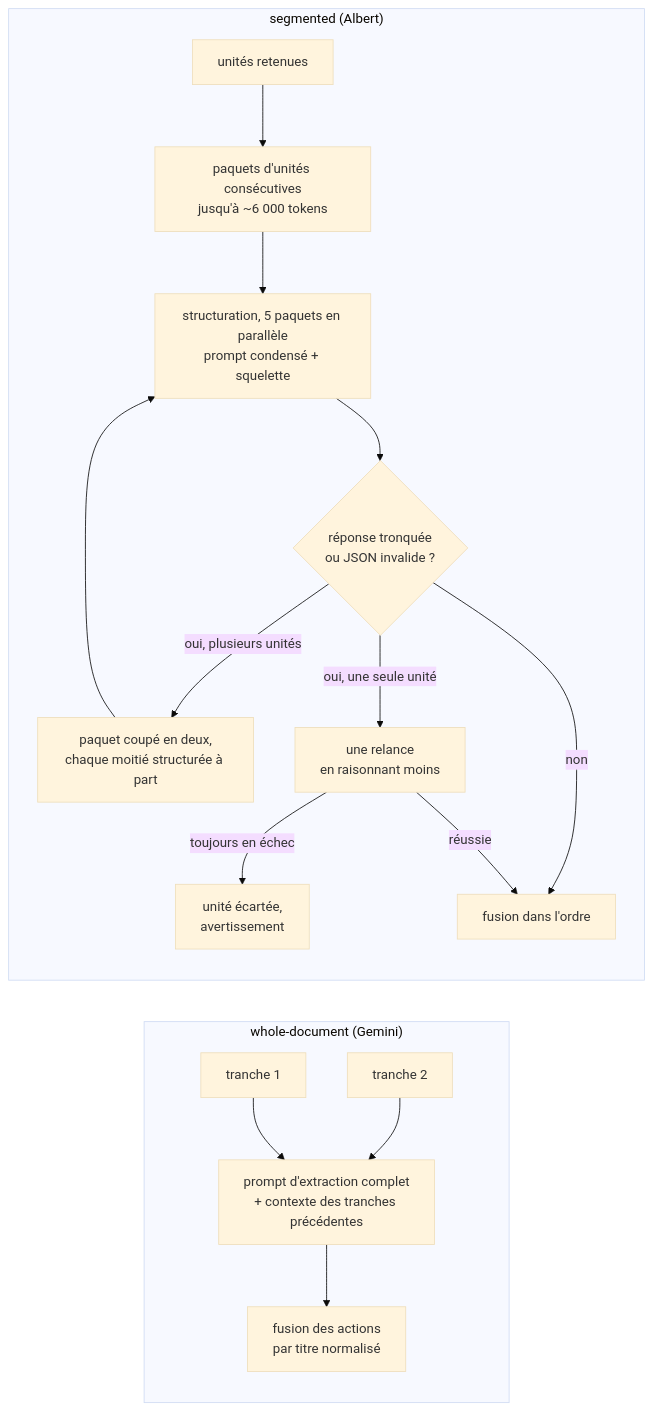
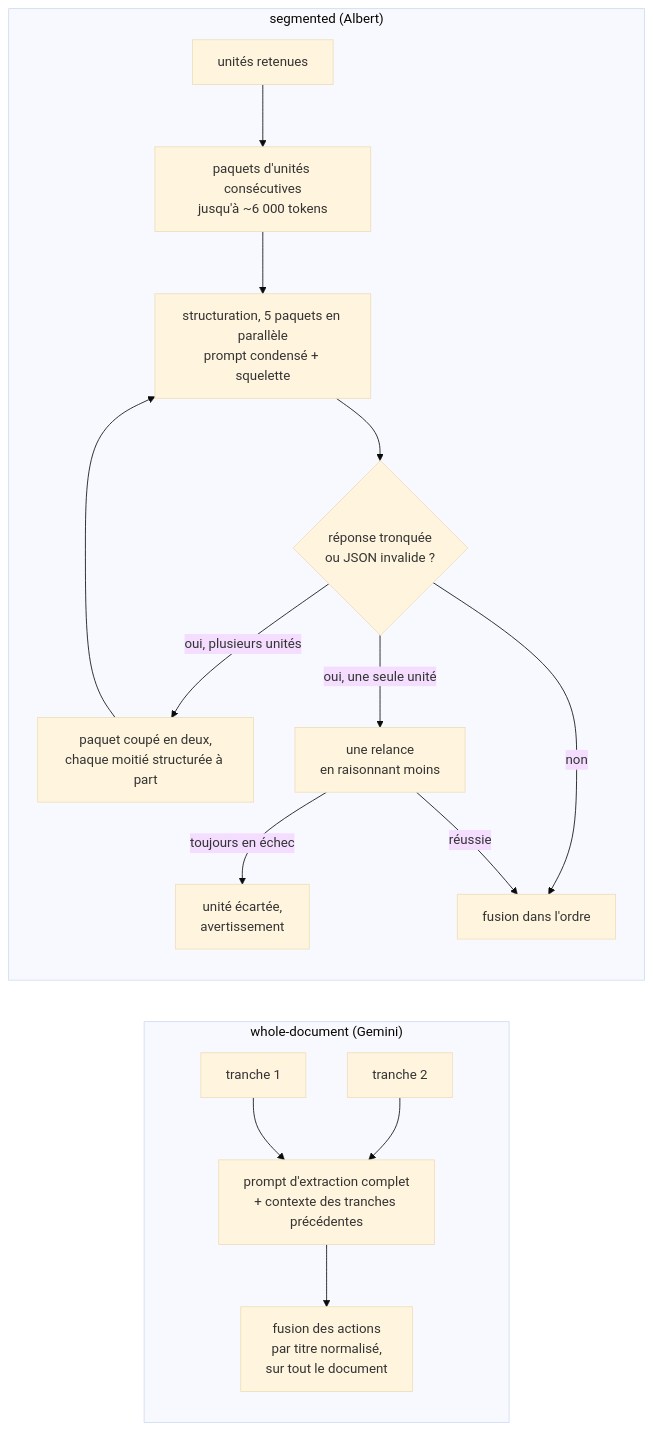
The fifth of 6 diagrams in apps/backend/src/plans/ai-plan-import/README.md (incubateur-ademe/territoires-en-transitions), drawn with Mermaid (base theme) before and after one commit. The commit also changed other lines of this file and 6 other files, not shown here.

````diff
--- a/apps/backend/src/plans/ai-plan-import/README.md
+++ b/apps/backend/src/plans/ai-plan-import/README.md
@@ -257,21 +258,21 @@
 ```mermaid
 flowchart LR
     subgraph Gemini["whole-document (Gemini)"]
         direction TB
         G1[tranche 1] --> GX[prompt d'extraction complet<br/>+ contexte des tranches précédentes]
         G2[tranche 2] --> GX
-        GX --> GM[fusion des actions<br/>par titre normalisé]
+        GX --> GM[fusion des actions<br/>par titre normalisé,<br/>sur tout le document]
     end
     subgraph Albert["segmented (Albert)"]
         direction TB
         U[unités retenues] --> PK[paquets d'unités consécutives<br/>jusqu'à ~6 000 tokens]
         PK --> SX[structuration, 5 paquets en parallèle<br/>prompt condensé + squelette]
         SX --> TR{réponse tronquée<br/>ou JSON invalide ?}
         TR -- "oui, plusieurs unités" --> HV[paquet coupé en deux,<br/>chaque moitié structurée à part]
         HV --> SX
         TR -- "oui, une seule unité" --> RT[une relance<br/>en raisonnant moins]
         RT -- toujours en échec --> SK[unité écartée,<br/>avertissement]
         TR -- non --> AM[fusion dans l'ordre]
         RT -- réussie --> AM
     end
 ```
````
